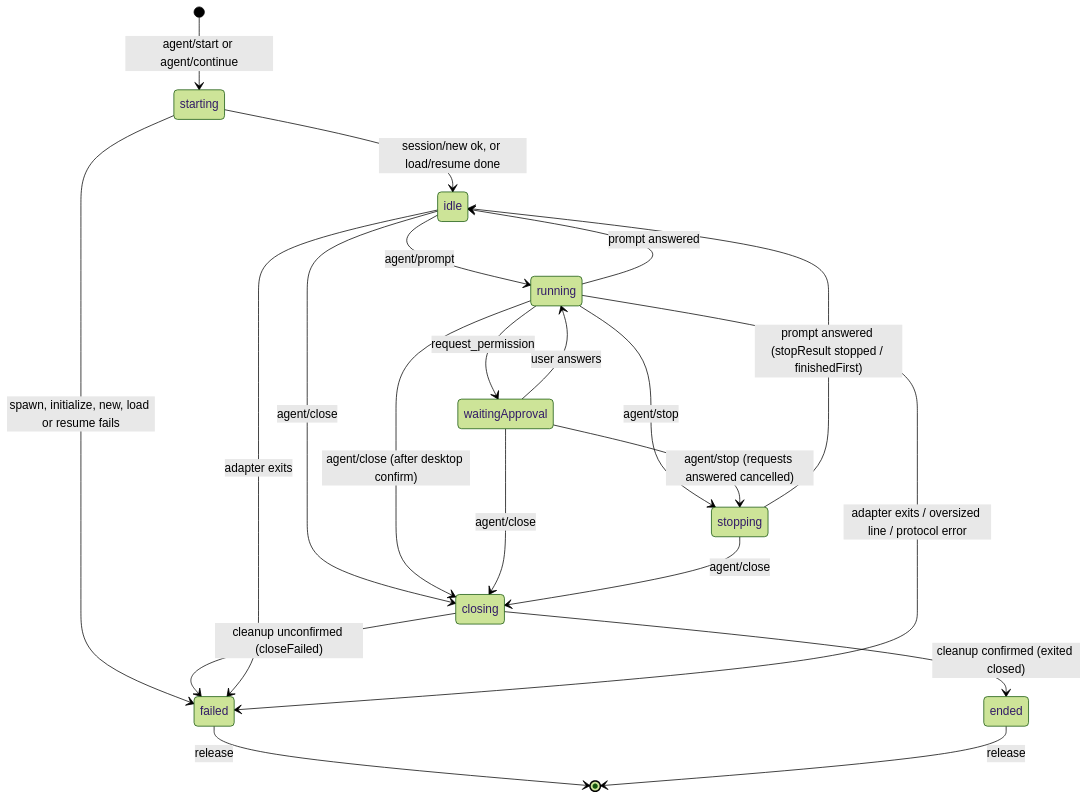
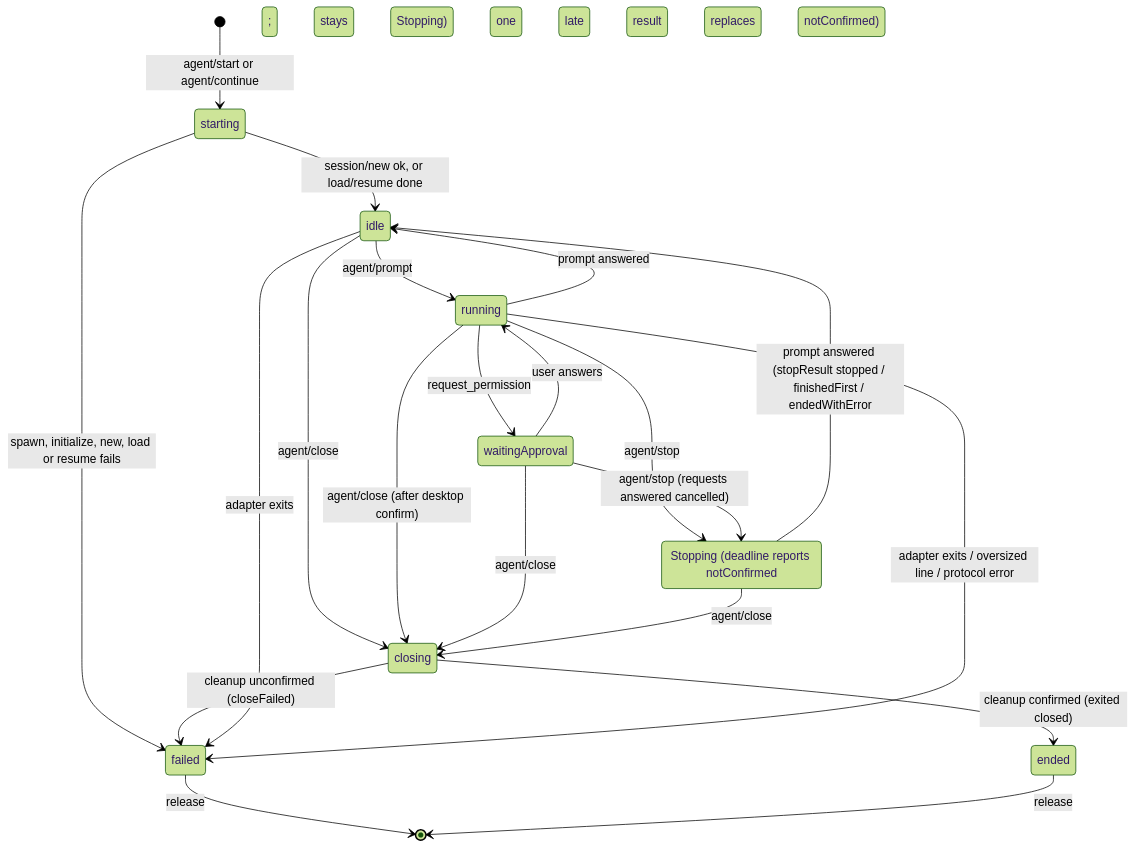
One commit to sh1ny/kumiko changed the second of 4 diagrams in openspec/changes/claude-acp-chat-session/design.md. Above: the diagram before and after it, drawn with Mermaid (forest theme). The commit also changed 3 other files, not shown here.

````diff
--- a/openspec/changes/claude-acp-chat-session/design.md
+++ b/openspec/changes/claude-acp-chat-session/design.md
@@ -349,23 +349,24 @@
 ```mermaid
 stateDiagram-v2
     [*] --> starting: agent/start or agent/continue
     starting --> idle: session/new ok, or load/resume done
     starting --> failed: spawn, initialize, new, load or resume fails
     idle --> running: agent/prompt
     running --> waitingApproval: request_permission
     waitingApproval --> running: user answers
     running --> stopping: agent/stop
     waitingApproval --> stopping: agent/stop (requests answered cancelled)
-    stopping --> idle: prompt answered (stopResult stopped / finishedFirst)
+    stopping: Stopping (deadline reports notConfirmed; stays Stopping)
+    stopping --> idle: prompt answered (stopResult stopped / finishedFirst / endedWithError; one late result replaces notConfirmed)
     running --> idle: prompt answered
     idle --> closing: agent/close
     running --> closing: agent/close (after desktop confirm)
     waitingApproval --> closing: agent/close
     stopping --> closing: agent/close
     closing --> ended: cleanup confirmed (exited closed)
     closing --> failed: cleanup unconfirmed (closeFailed)
     idle --> failed: adapter exits
     running --> failed: adapter exits / oversized line / protocol error
     failed --> [*]: release
     ended --> [*]: release
 ```
````
